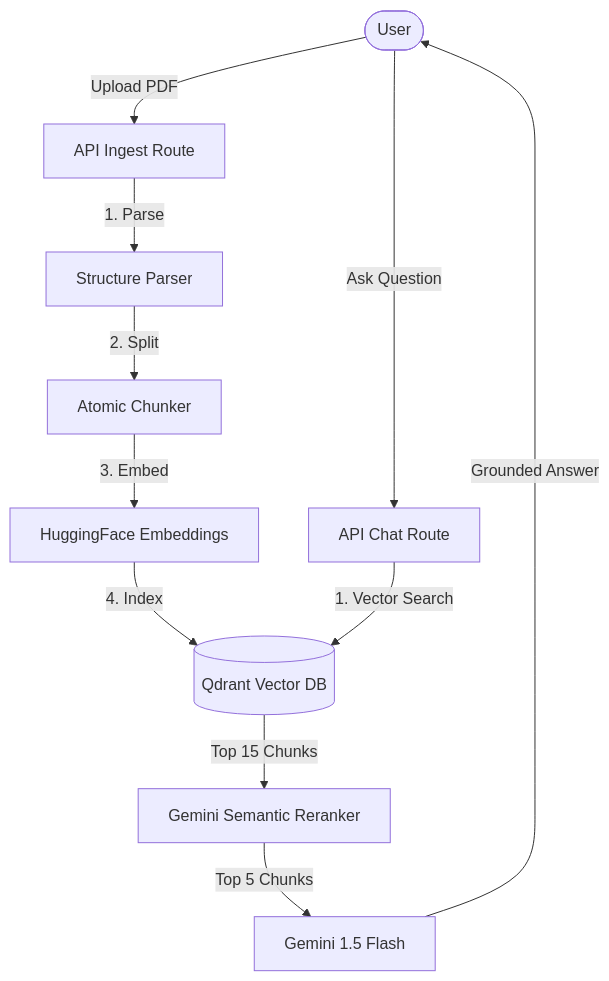
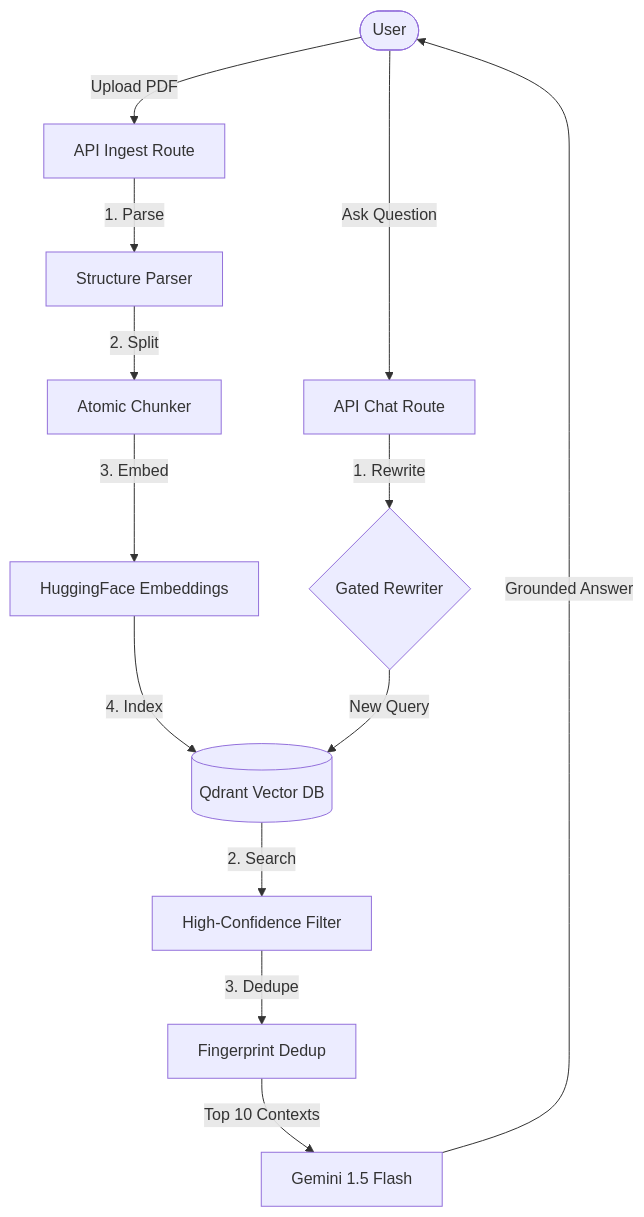
One commit to Ujjwaljain16/Basic-RAG changed the diagram in README.md. Above: the diagram before and after it, drawn with Mermaid. The commit also changed other lines of this file, not shown here.

Commit message:
Update documentation to match Gemini 2.5 Flash implementation

````diff
--- a/README.md
+++ b/README.md
@@ -18,14 +18,16 @@
 ```mermaid
 graph TD
     User([User]) -->|Upload PDF| Ingest[API Ingest Route]
     Ingest -->|1. Parse| Parser[Structure Parser]
     Parser -->|2. Split| Chunker[Atomic Chunker]
     Chunker -->|3. Embed| HF[HuggingFace Embeddings]
     HF -->|4. Index| Qdrant[(Qdrant Vector DB)]
     
     User -->|Ask Question| Chat[API Chat Route]
-    Chat -->|1. Vector Search| Qdrant
-    Qdrant -->|Top 15 Chunks| Rerank[Gemini Semantic Reranker]
-    Rerank -->|Top 5 Chunks| LLM[Gemini 1.5 Flash]
+    Chat -->|1. Rewrite| Rewrite{Gated Rewriter}
+    Rewrite -->|New Query| Qdrant
+    Qdrant -->|2. Search| Filter[High-Confidence Filter]
+    Filter -->|3. Dedupe| Dedup[Fingerprint Dedup]
+    Dedup -->|Top 10 Contexts| LLM[Gemini 1.5 Flash]
     LLM -->|Grounded Answer| User
 ```
````
